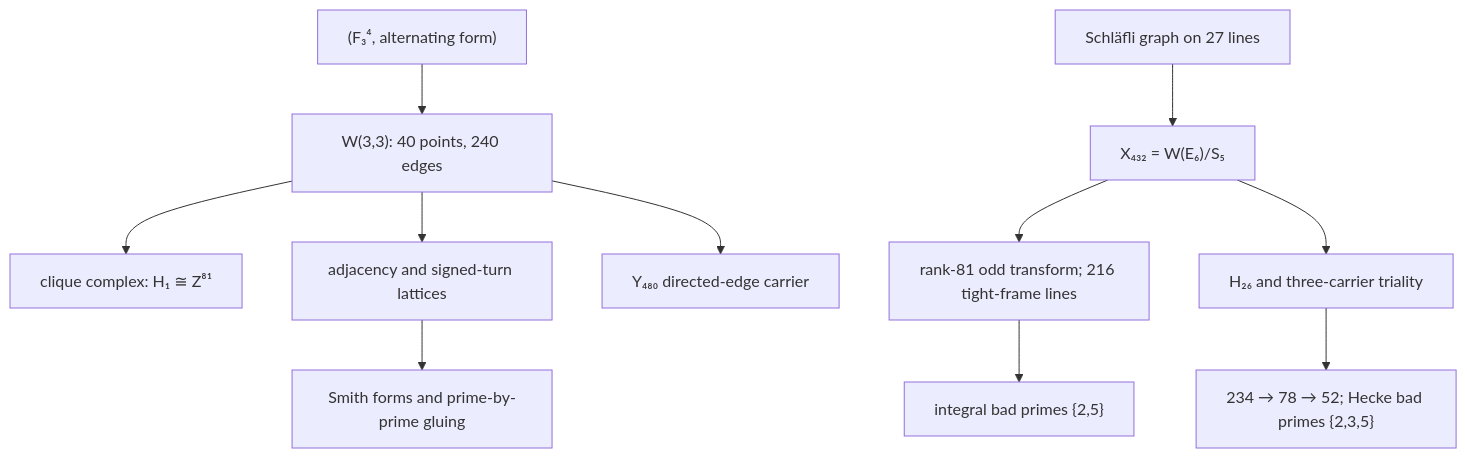
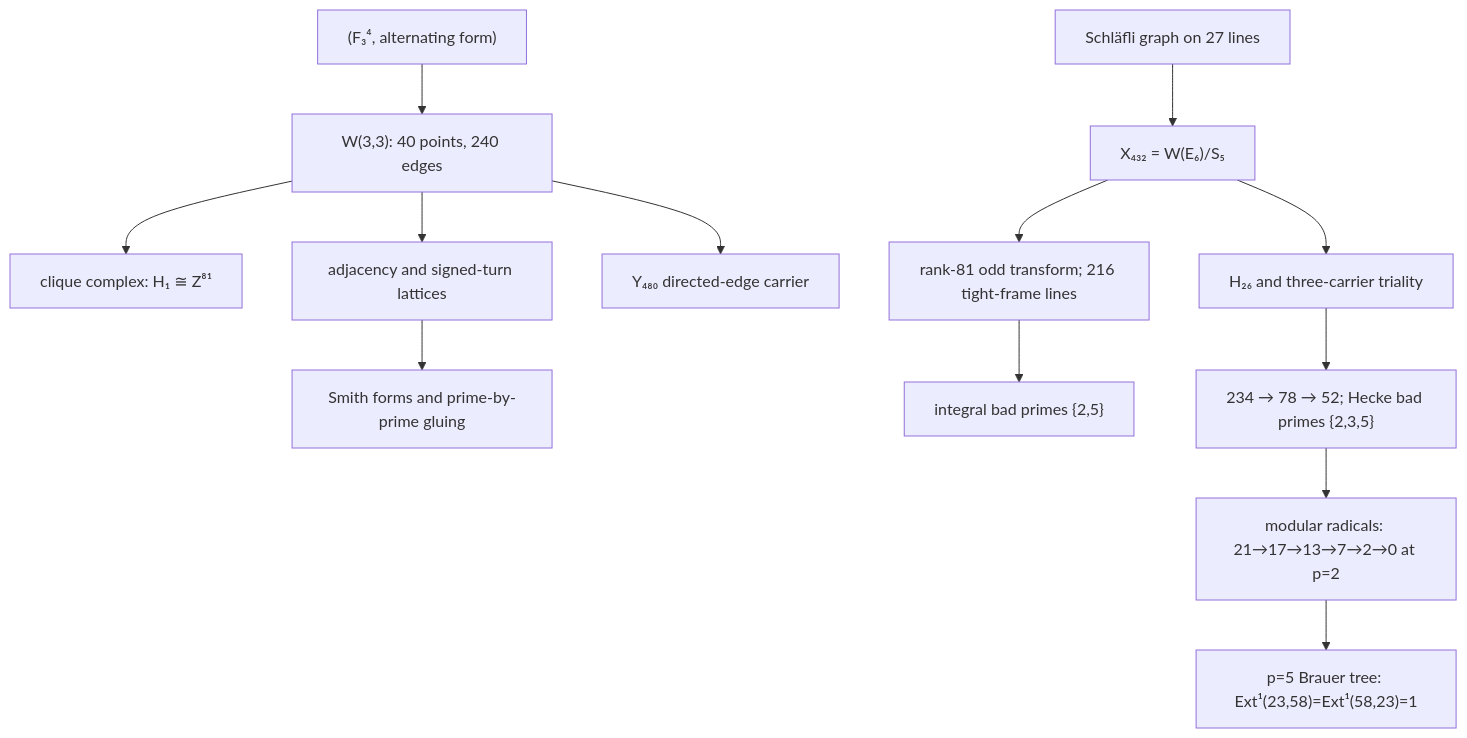
Before and after one commit to wilcompute/W33-Theory: the diagram in README.md, drawn with Mermaid. The commit also changed other lines of this file and 33 other files, not shown here.

First line of the commit message:
Pass 1335: close Brauer-tree Ext and rebuild canonical front doors

````diff
--- a/README.md
+++ b/README.md
@@ -68,13 +68,15 @@
 ```mermaid
 flowchart TD
     V["(F₃⁴, alternating form)"] --> W["W(3,3): 40 points, 240 edges"]
     W --> C["clique complex: H₁ ≅ Z⁸¹"]
     W --> A["adjacency and signed-turn lattices"]
     A --> L["Smith forms and prime-by-prime gluing"]
     W --> Y["Y₄₈₀ directed-edge carrier"]
     S["Schläfli graph on 27 lines"] --> X["X₄₃₂ = W(E₆)/S₅"]
     X --> T["rank-81 odd transform; 216 tight-frame lines"]
     T --> I["integral bad primes {2,5}"]
     X --> H["H₂₆ and three-carrier triality"]
     H --> J["234 → 78 → 52; Hecke bad primes {2,3,5}"]
+    J --> R["modular radicals: 21→17→13→7→2→0 at p=2"]
+    R --> B["p=5 Brauer tree: Ext¹(23,58)=Ext¹(58,23)=1"]
 ```
````
